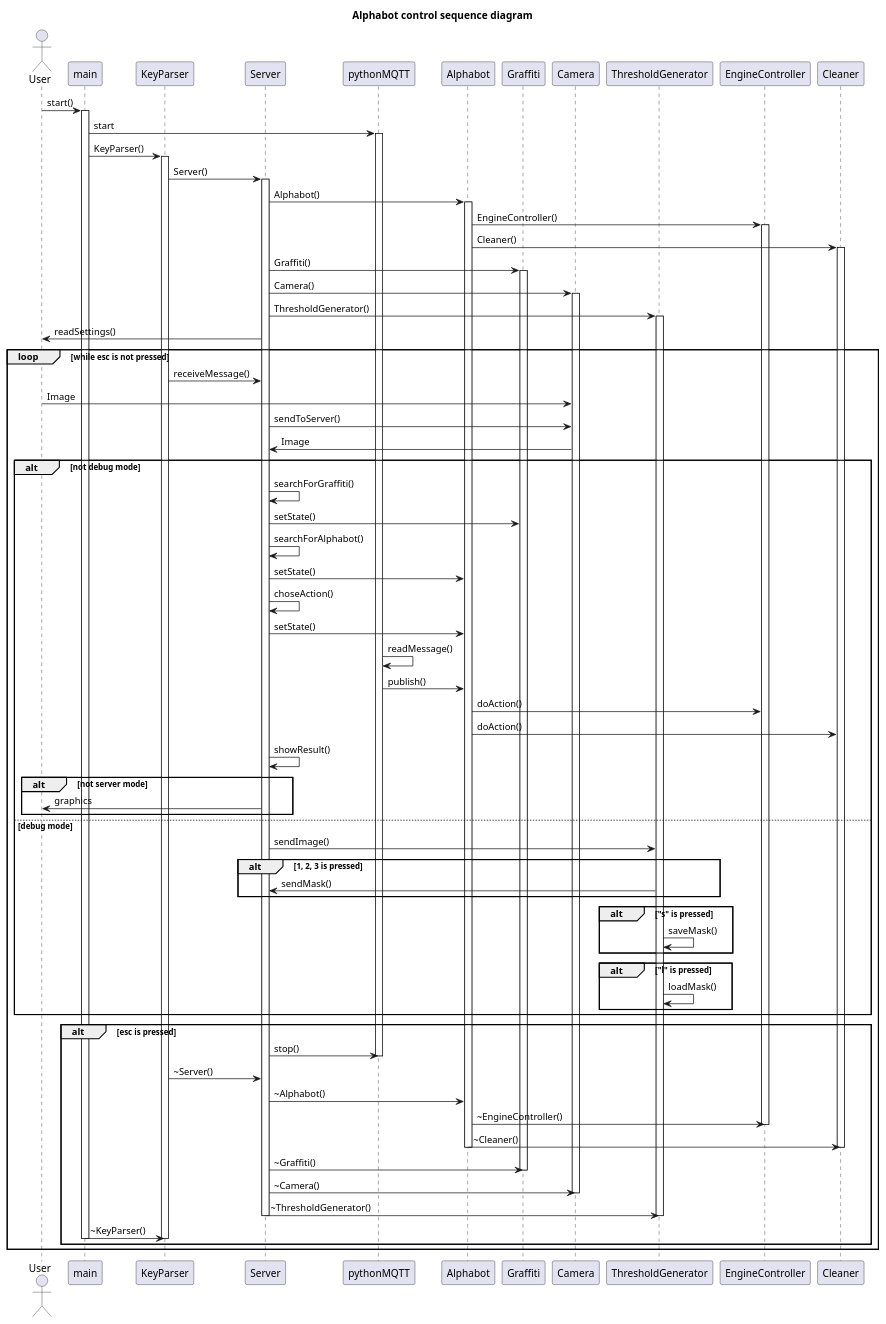
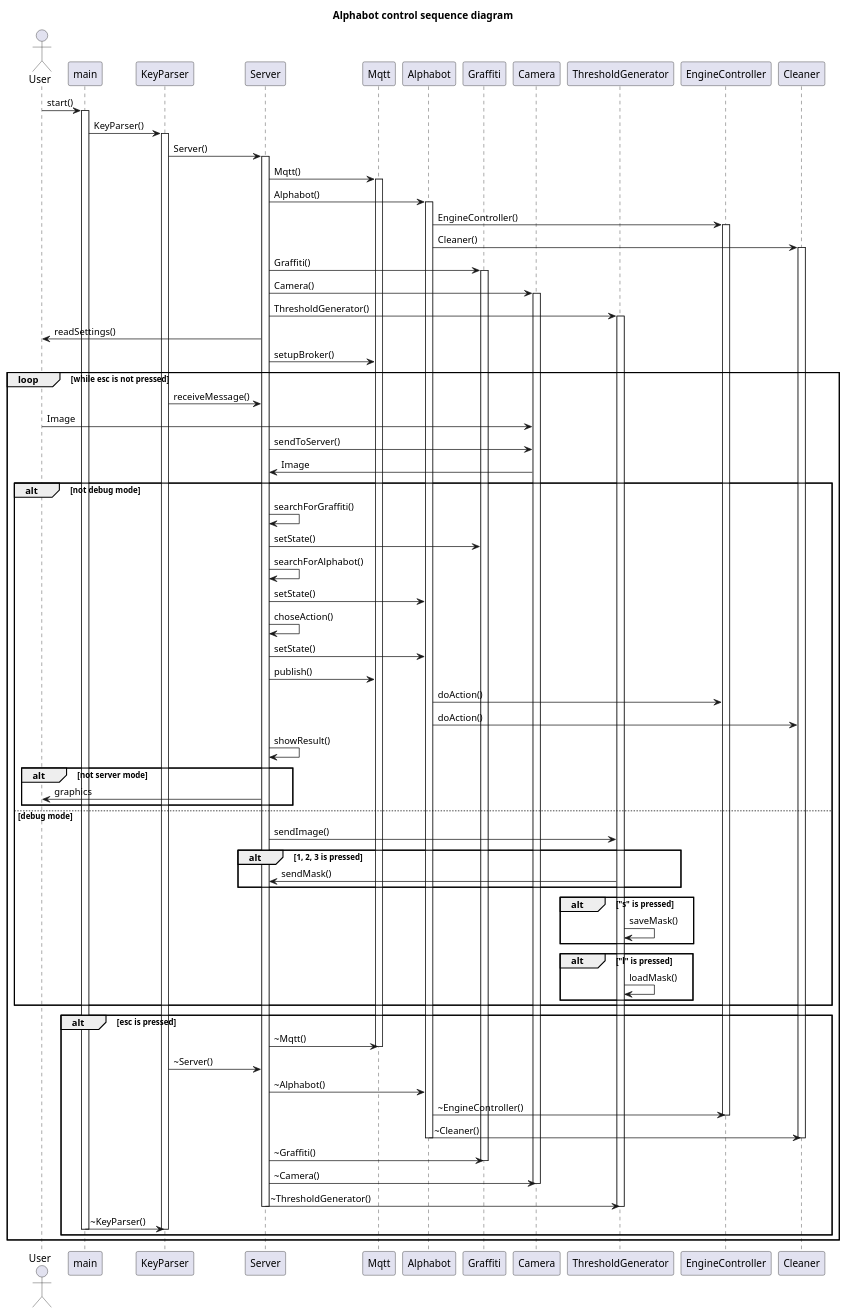
Before and after one commit to kolganovr/Alphabot: the diagram in docs/sequence_diagram.wsd, drawn with PlantUML. The commit also changed 9 other files, not shown here.

```diff
--- a/docs/sequence_diagram.wsd
+++ b/docs/sequence_diagram.wsd
@@ -1,98 +1,98 @@
 @startuml Sequence diagram for Alphabot control
 title Alphabot control sequence diagram
 
 actor User
 participant main
 participant KeyParser
 participant Server
-participant pythonMQTT
+participant Mqtt
 participant Alphabot
 participant Graffiti
 participant Camera
 participant ThresholdGenerator
 participant EngineController
 participant Cleaner
 
 User -> main: start()
 activate main
-main -> pythonMQTT: start
-activate pythonMQTT
 main -> KeyParser: KeyParser()
 activate KeyParser
 KeyParser -> Server: Server()
 activate Server
+Server -> Mqtt: Mqtt()
+activate Mqtt
 Server -> Alphabot: Alphabot()
 activate Alphabot
 Alphabot -> EngineController: EngineController()
 activate EngineController
 Alphabot -> Cleaner: Cleaner()
 activate Cleaner
 Server -> Graffiti: Graffiti()
 activate Graffiti
 Server -> Camera: Camera()
 activate Camera
 Server -> ThresholdGenerator: ThresholdGenerator()
 activate ThresholdGenerator
 Server -> User: readSettings()
+Server -> Mqtt: setupBroker()
 
 ' Цикл
 loop while esc is not pressed
     KeyParser -> Server: receiveMessage()
     User -> Camera: Image
     Server -> Camera: sendToServer()
     Camera -> Server: Image
 
     ' Server ищет граффити и робота если отключен режим отладки
     alt not debug mode
         Server -> Server: searchForGraffiti()
         Server -> Graffiti: setState()
         Server -> Server: searchForAlphabot()
         Server -> Alphabot: setState()
         Server -> Server: choseAction()
         Server -> Alphabot: setState()
-        pythonMQTT -> pythonMQTT: readMessage()
-        pythonMQTT -> Alphabot: publish()
+        Server -> Mqtt: publish()
         Alphabot -> EngineController: doAction()
         Alphabot -> Cleaner: doAction()
         Server -> Server: showResult()
 
         alt not server mode
             Server -> User: graphics
         end
     else debug mode
         Server -> ThresholdGenerator: sendImage()
         alt 1, 2, 3 is pressed
             ThresholdGenerator -> Server: sendMask()
         end
         alt "s" is pressed
             ThresholdGenerator -> ThresholdGenerator: saveMask()
         end
         alt "l" is pressed
             ThresholdGenerator -> ThresholdGenerator: loadMask()
         end
     end
 
     ' Если нажата клавиша "esc" выходим из цикла
     alt esc is pressed
-        Server -> pythonMQTT: stop()
-        deactivate pythonMQTT
+        Server -> Mqtt: ~Mqtt()
+        deactivate Mqtt
         KeyParser -> Server: ~Server()
         Server -> Alphabot: ~Alphabot()
         Alphabot -> EngineController: ~EngineController()
         deactivate EngineController
         Alphabot -> Cleaner: ~Cleaner()
         deactivate Cleaner
         deactivate Alphabot
         Server -> Graffiti: ~Graffiti()
         deactivate Graffiti
         Server -> Camera: ~Camera()
         deactivate Camera
         Server -> ThresholdGenerator: ~ThresholdGenerator()
         deactivate ThresholdGenerator
         deactivate Server
         main -> KeyParser: ~KeyParser()
         deactivate KeyParser
         deactivate main
     end
 end
 @enduml
```
